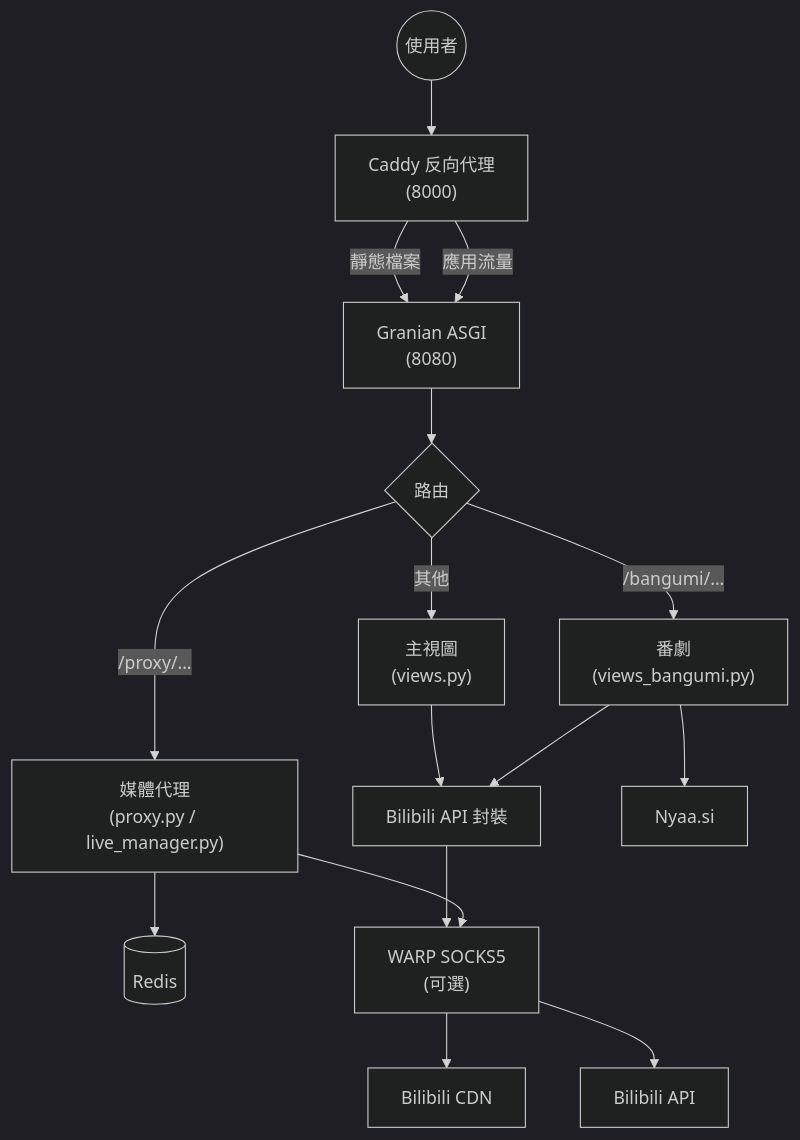
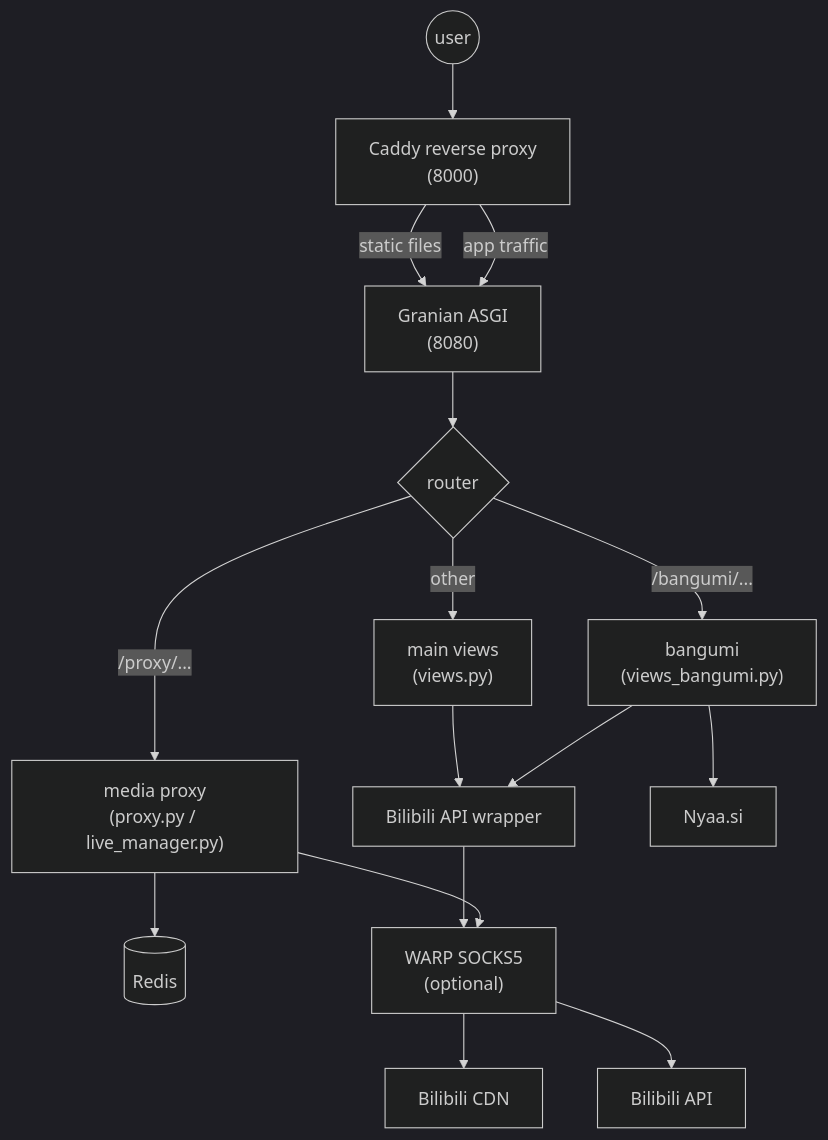
Before and after one commit to apicalshark/mikuinvidious: the diagram in developers/architecture.md, drawn with Mermaid (dark theme). The commit also changed other lines of this file and 62 other files, not shown here.

````diff
--- a/developers/architecture.md
+++ b/developers/architecture.md
@@ -3,32 +3,32 @@
 ```mermaid
 graph TD
-    User((使用者))
-    Caddy["Caddy 反向代理<br>(8000)"]
+    User((user))
+    Caddy["Caddy reverse proxy<br>(8000)"]
     Granian["Granian ASGI<br>(8080)"]
-    Router{路由}
-    Proxy["媒體代理<br>(proxy.py / live_manager.py)"]
-    Bangumi["番劇<br>(views_bangumi.py)"]
-    Views["主視圖<br>(views.py)"]
-    BiliAPI["Bilibili API 封裝"]
+    Router{router}
+    Proxy["media proxy<br>(proxy.py / live_manager.py)"]
+    Bangumi["bangumi<br>(views_bangumi.py)"]
+    Views["main views<br>(views.py)"]
+    BiliAPI["Bilibili API wrapper"]
     Redis[("Redis")]
-    Warp["WARP SOCKS5<br>(可選)"]
+    Warp["WARP SOCKS5<br>(optional)"]
     BiliCDN["Bilibili CDN"]
     BiliSrv["Bilibili API"]
     Nyaa["Nyaa.si"]
 
     User --> Caddy
-    Caddy -- "靜態檔案" --> Granian
-    Caddy -- "應用流量" --> Granian
+    Caddy -- "static files" --> Granian
+    Caddy -- "app traffic" --> Granian
     Granian --> Router
     Router -- "/proxy/..." --> Proxy
     Router -- "/bangumi/..." --> Bangumi
-    Router -- "其他" --> Views
+    Router -- "other" --> Views
     Proxy --> Redis
     Views --> BiliAPI
     Bangumi --> BiliAPI
     BiliAPI --> Warp
     Proxy --> Warp
     Warp --> BiliCDN
     Warp --> BiliSrv
     Bangumi --> Nyaa
 ```
````
